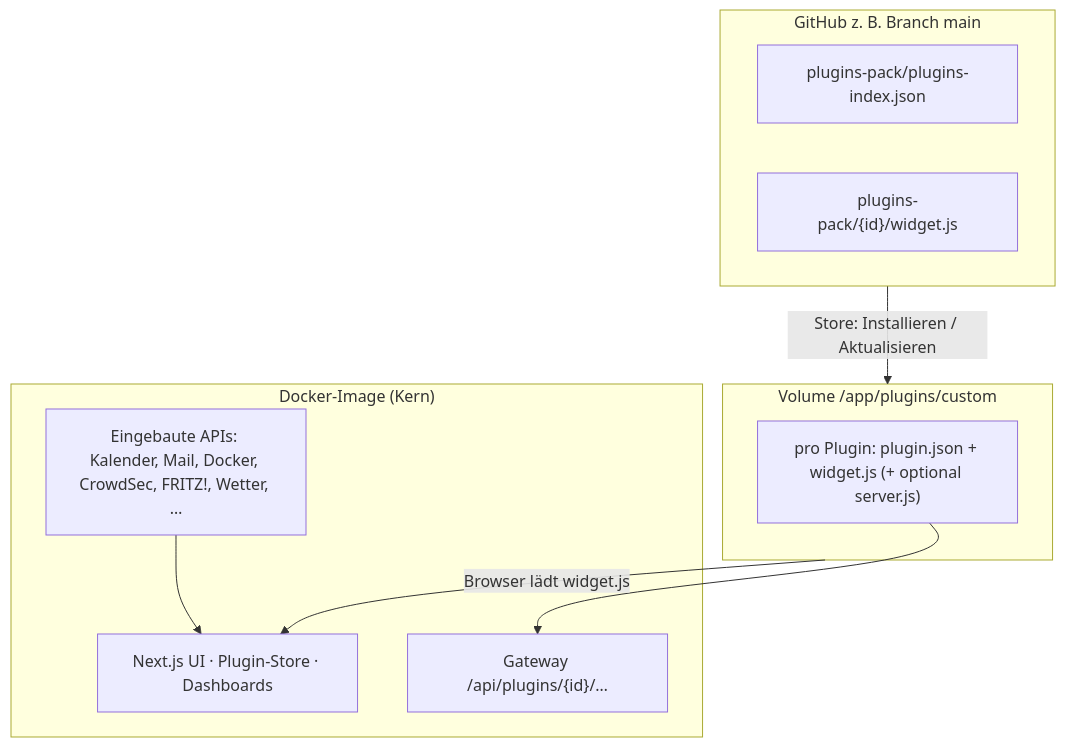
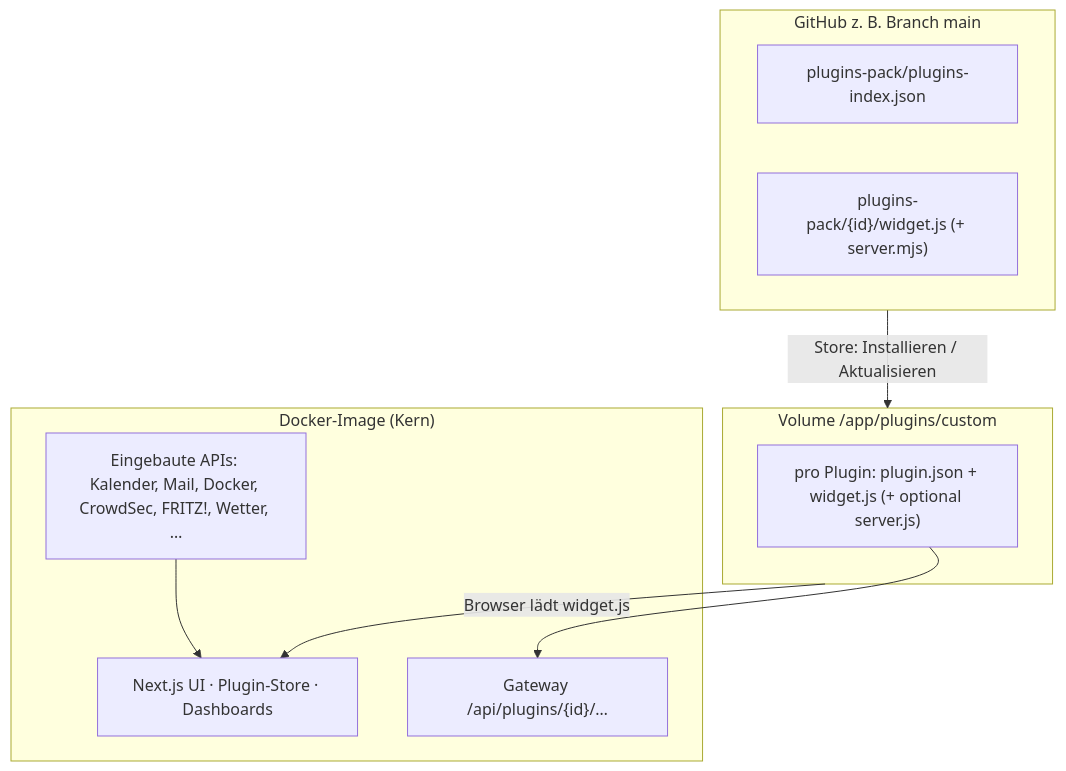
The second of 2 diagrams in README.md (s3lfcod3r/selfdashboard), drawn with Mermaid before and after one commit. The commit also changed other lines of this file and 4 other files, not shown here.

````diff
--- a/README.md
+++ b/README.md
@@ -470,19 +477,19 @@
 ```mermaid
 flowchart TB
   subgraph image["Docker-Image (Kern)"]
     UI["Next.js UI · Plugin-Store · Dashboards"]
     CORE["Eingebaute APIs: Kalender, Mail, Docker, CrowdSec, FRITZ!, Wetter, …"]
     GW["Gateway /api/plugins/{id}/…"]
   end
   subgraph vol["Volume /app/plugins/custom"]
     W["pro Plugin: plugin.json + widget.js (+ optional server.js)"]
   end
   subgraph gh["GitHub z. B. Branch main"]
     IDX["plugins-pack/plugins-index.json"]
-    PACK["plugins-pack/{id}/widget.js"]
+    PACK["plugins-pack/{id}/widget.js (+ server.mjs)"]
   end
   gh -->|"Store: Installieren / Aktualisieren"| vol
   vol -->|"Browser lädt widget.js"| UI
   W --> GW
   CORE --> UI
 ```
````
